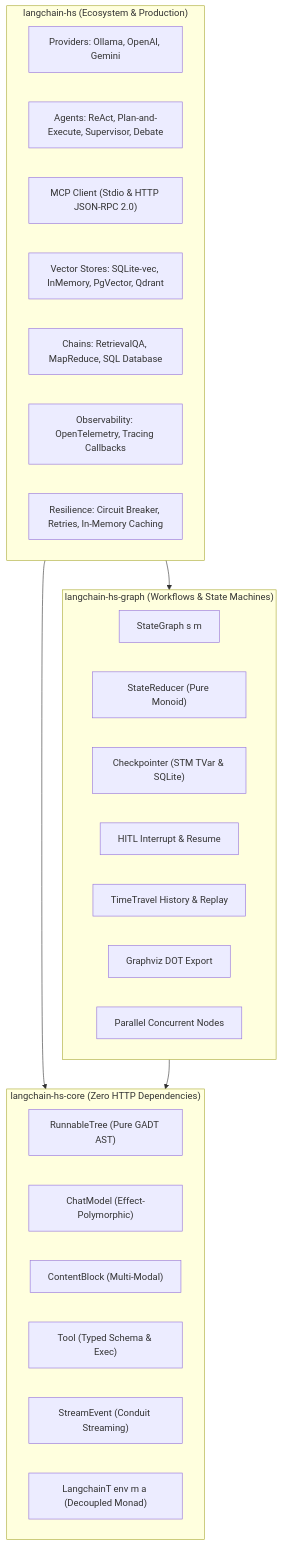
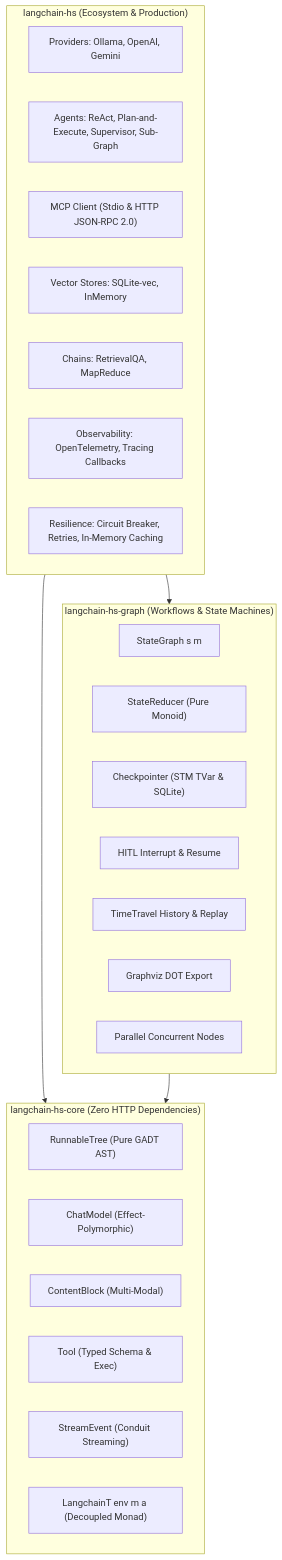
Before and after one commit to tusharad/langchain-hs: the diagram in README.md, drawn with Mermaid. The commit also changed other lines of this file and 7 other files, not shown here.

````diff
--- a/README.md
+++ b/README.md
@@ -54,35 +54,35 @@
 ```mermaid
 flowchart TB
     subgraph Core ["langchain-hs-core (Zero HTTP Dependencies)"]
         RT["RunnableTree (Pure GADT AST)"]
         CM["ChatModel (Effect-Polymorphic)"]
         CB["ContentBlock (Multi-Modal)"]
         TL["Tool (Typed Schema & Exec)"]
         SE["StreamEvent (Conduit Streaming)"]
         MN["LangchainT env m a (Decoupled Monad)"]
     end
 
     subgraph Graph ["langchain-hs-graph (Workflows & State Machines)"]
         SG["StateGraph s m"]
         SR["StateReducer (Pure Monoid)"]
         CP["Checkpointer (STM TVar & SQLite)"]
         HT["HITL Interrupt & Resume"]
         TT["TimeTravel History & Replay"]
         DOT["Graphviz DOT Export"]
         PN["Parallel Concurrent Nodes"]
     end
 
     subgraph HighLevel ["langchain-hs (Ecosystem & Production)"]
         PR["Providers: Ollama, OpenAI, Gemini"]
-        AG["Agents: ReAct, Plan-and-Execute, Supervisor, Debate"]
+        AG["Agents: ReAct, Plan-and-Execute, Supervisor, Sub-Graph"]
         MCP["MCP Client (Stdio & HTTP JSON-RPC 2.0)"]
-        VS["Vector Stores: SQLite-vec, InMemory, PgVector, Qdrant"]
-        CH["Chains: RetrievalQA, MapReduce, SQL Database"]
+        VS["Vector Stores: SQLite-vec, InMemory"]
+        CH["Chains: RetrievalQA, MapReduce"]
         OB["Observability: OpenTelemetry, Tracing Callbacks"]
         RES["Resilience: Circuit Breaker, Retries, In-Memory Caching"]
     end
 
     HighLevel --> Graph
     HighLevel --> Core
     Graph --> Core
 ```
````
